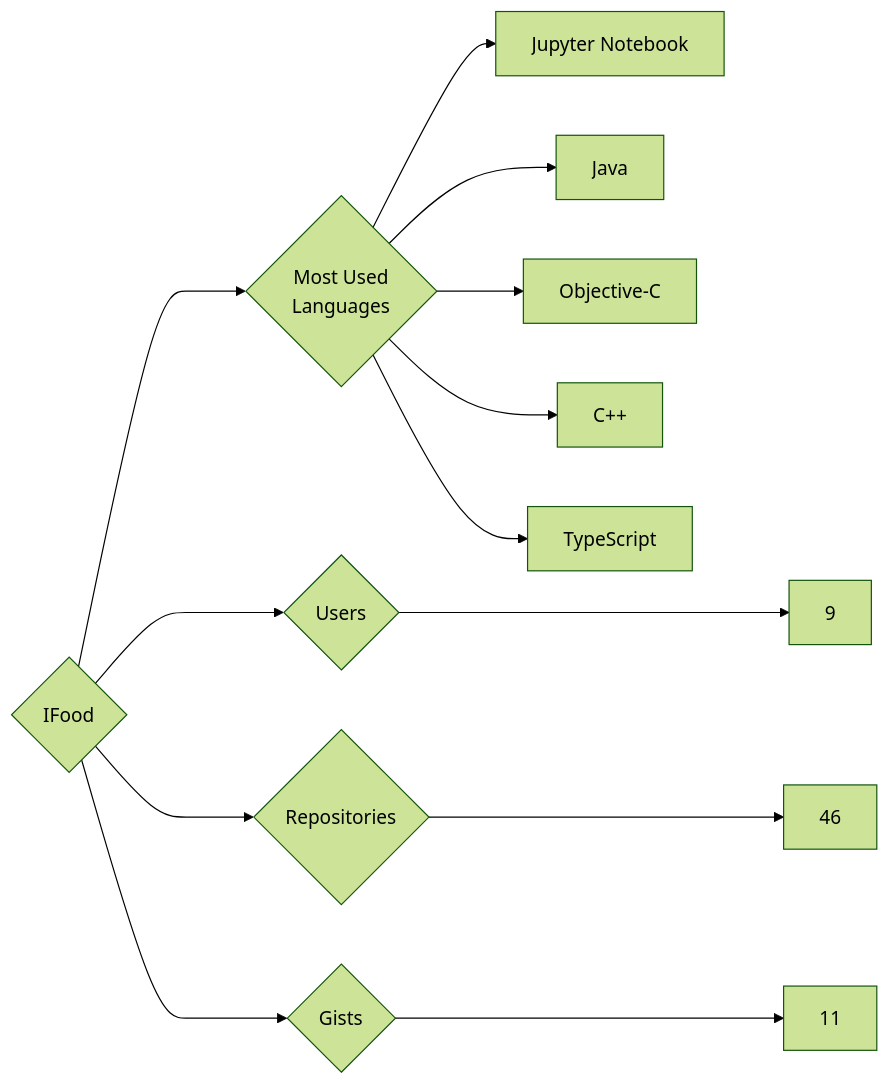
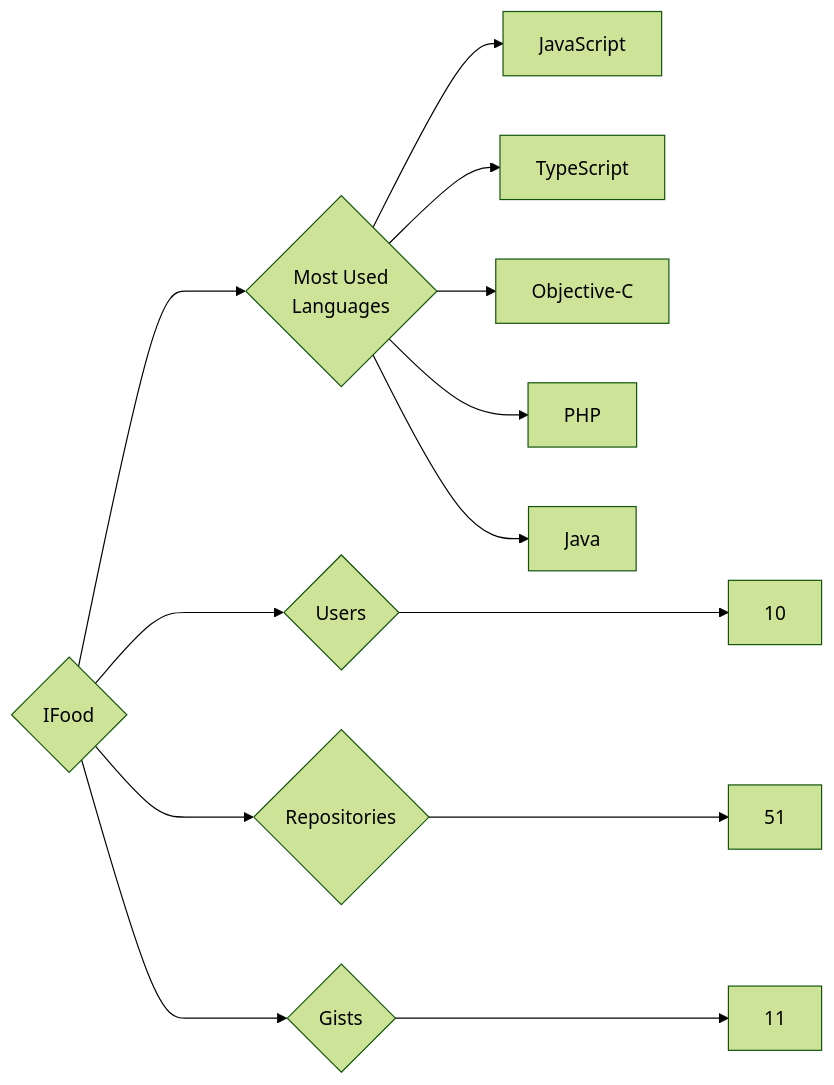
Before and after one commit to trickest/insiders: the diagram in targets/IFood/README.md, drawn with Mermaid (forest theme). The commit also changed 1195 other files, not shown here.

````diff
--- a/targets/IFood/README.md
+++ b/targets/IFood/README.md
@@ -3,13 +3,13 @@
 ```mermaid
 graph LR
 COMPANY_NAME{IFood}
-COMPANY_NAME ---> U{Users} ---> UN[9]
-COMPANY_NAME ---> R{Repositories} ---> RN[46]
+COMPANY_NAME ---> U{Users} ---> UN[10]
+COMPANY_NAME ---> R{Repositories} ---> RN[51]
 COMPANY_NAME ---> G{Gists} ---> GN[11]
 COMPANY_NAME ---> ML{Most Used<br>Languages}
-ML --> Jupyter_Notebook[Jupyter Notebook]
+ML --> JavaScript[JavaScript]
+ML --> TypeScript[TypeScript]
+ML --> Objective-C[Objective-C]
+ML --> PHP[PHP]
 ML --> Java[Java]
-ML --> Objective-C[Objective-C]
-ML --> C++[C++]
-ML --> TypeScript[TypeScript]
 ```
````
